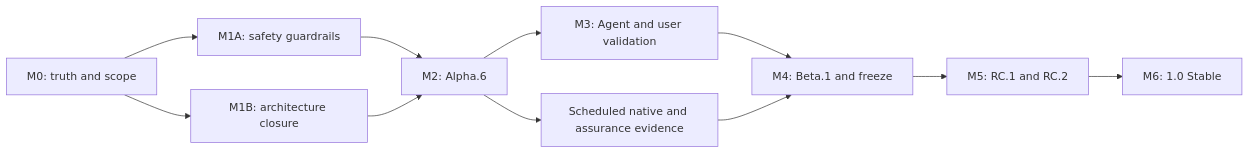
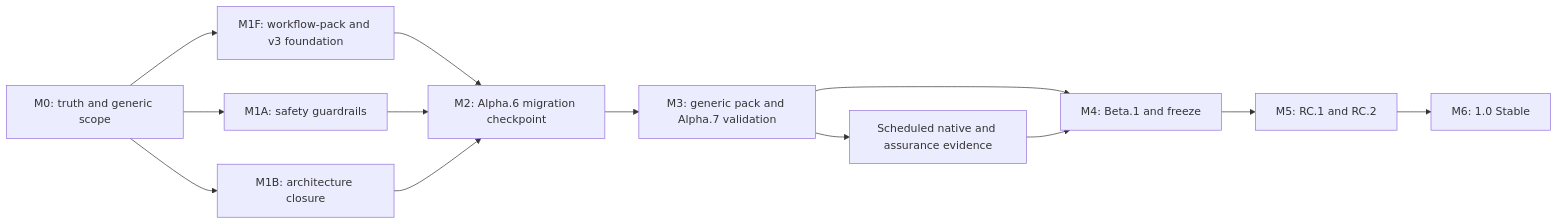
Before and after one commit to jxpeng98/CanISend: the diagram in docs/superpowers/plans/2026-07-25-1.0-release-roadmap.md, drawn with Mermaid. The commit also changed other lines of this file and 10 other files, not shown here.

First line of the commit message:
docs(roadmap): adopt generic application framework

````diff
--- a/docs/superpowers/plans/2026-07-25-1.0-release-roadmap.md
+++ b/docs/superpowers/plans/2026-07-25-1.0-release-roadmap.md
@@ -261,13 +294,15 @@
 ```mermaid
 flowchart LR
-    M0["M0: truth and scope"] --> M1A["M1A: safety guardrails"]
-    M1A --> M2["M2: Alpha.6"]
-    M2 --> M3["M3: Agent and user validation"]
+    M0["M0: truth and generic scope"] --> M1F["M1F: workflow-pack and v3 foundation"]
+    M0 --> M1A["M1A: safety guardrails"]
+    M0 --> M1B["M1B: architecture closure"]
+    M1F --> M2["M2: Alpha.6 migration checkpoint"]
+    M1A --> M2
+    M1B --> M2
+    M2 --> M3["M3: generic pack and Alpha.7 validation"]
     M3 --> M4["M4: Beta.1 and freeze"]
     M4 --> M5["M5: RC.1 and RC.2"]
     M5 --> M6["M6: 1.0 Stable"]
-    M0 --> M1B["M1B: architecture closure"]
-    M1B --> M2
-    M2 --> NATIVE["Scheduled native and assurance evidence"]
+    M3 --> NATIVE["Scheduled native and assurance evidence"]
     NATIVE --> M4
 ```
````
